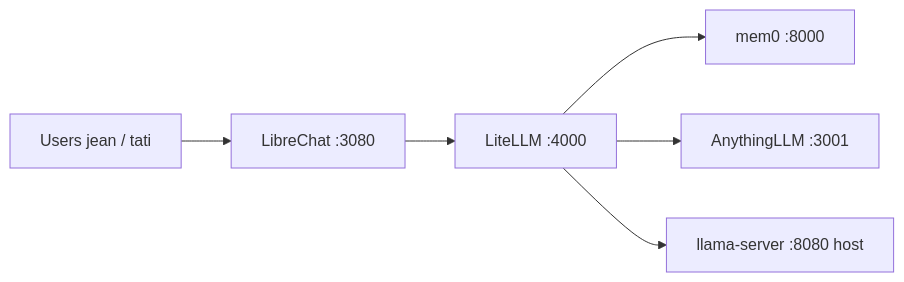
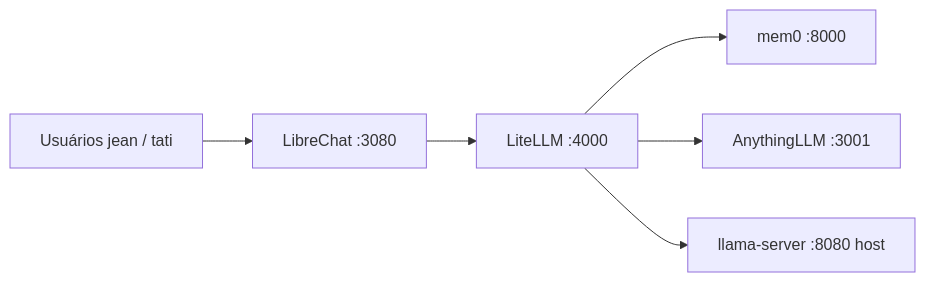
One commit to Magonitte/Chronos_Chat changed the diagram in README.md. Above: the diagram before and after it, drawn with Mermaid. The commit also changed other lines of this file and 4 other files, not shown here.

````diff
--- a/README.md
+++ b/README.md
@@ -30,8 +30,8 @@
 ```mermaid
 flowchart LR
-  U[Users jean / tati] --> LC[LibreChat :3080]
+  U[Usuários jean / tati] --> LC[LibreChat :3080]
   LC --> LM[LiteLLM :4000]
   LM --> M0[mem0 :8000]
   LM --> ALLM[AnythingLLM :3001]
   LM --> LLM[llama-server :8080 host]
 ```
````
